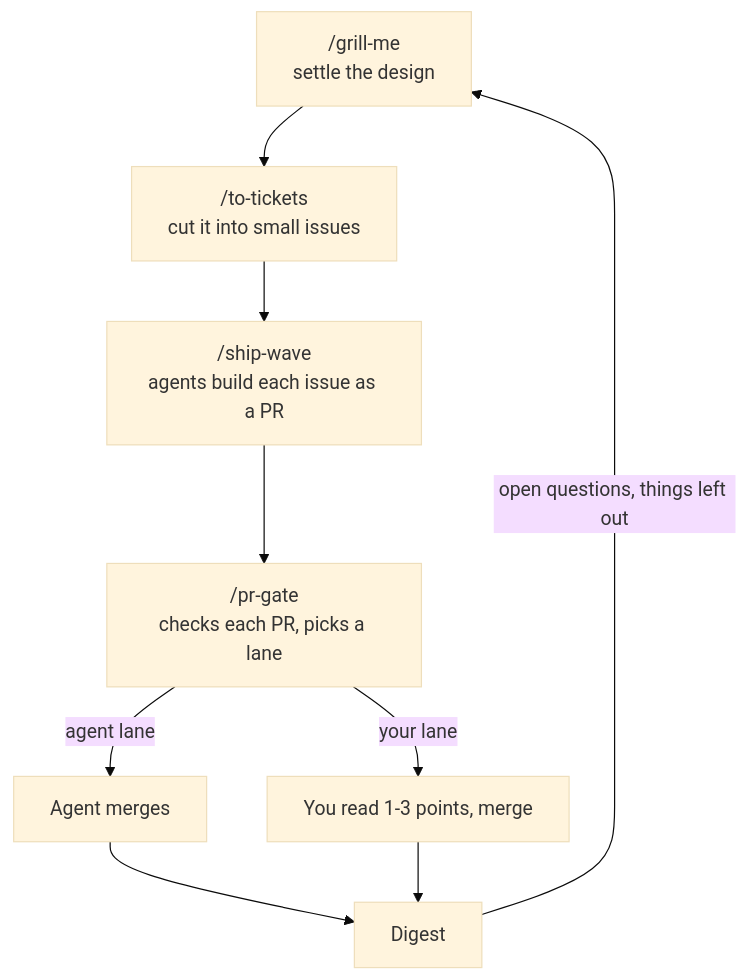
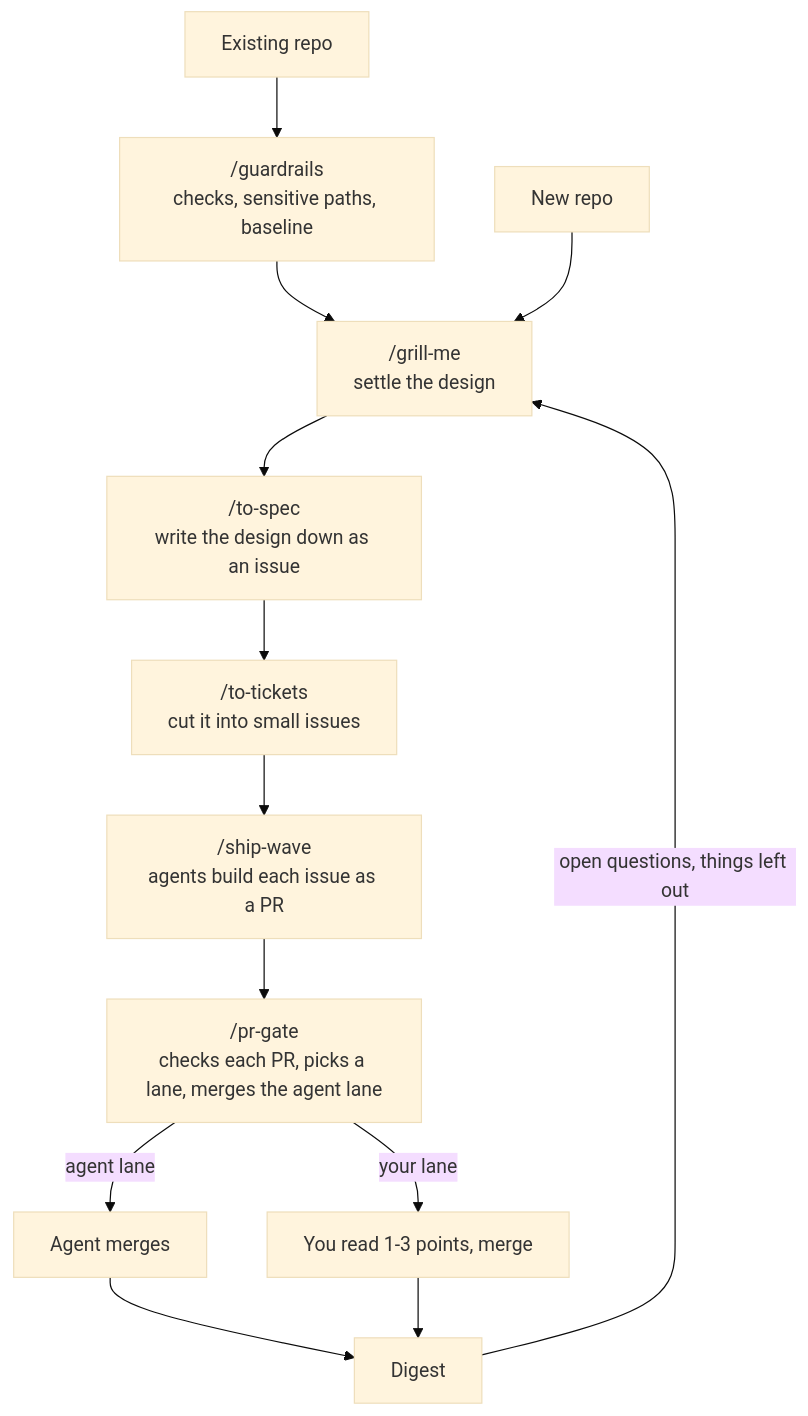
The diagram in README.md (freshmick/agent-skills), drawn with Mermaid (base theme) before and after one commit. The commit also changed other lines of this file and 9 other files, not shown here.

First line of the commit message:
pr-gate owns merge; reviewer blocking rule; to-spec and pr join the flow; cuts

````diff
--- a/README.md
+++ b/README.md
@@ -18,11 +20,15 @@
 ```mermaid
 flowchart TD
-    A["/grill-me<br/>settle the design"] --> B["/to-tickets<br/>cut it into small issues"]
+    X[Existing repo] --> G0["/guardrails<br/>checks, sensitive paths, baseline"]
+    G0 --> A
+    N[New repo] --> A["/grill-me<br/>settle the design"]
+    A --> S["/to-spec<br/>write the design down as an issue"]
+    S --> B["/to-tickets<br/>cut it into small issues"]
     B --> C["/ship-wave<br/>agents build each issue as a PR"]
-    C --> D["/pr-gate<br/>checks each PR, picks a lane"]
+    C --> D["/pr-gate<br/>checks each PR, picks a lane, merges the agent lane"]
     D -->|agent lane| E[Agent merges]
     D -->|your lane| F[You read 1-3 points, merge]
     E --> G[Digest]
     F --> G
     G -->|open questions, things left out| A
 ```
````
